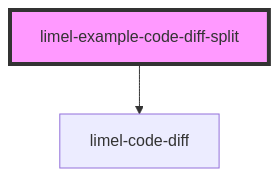
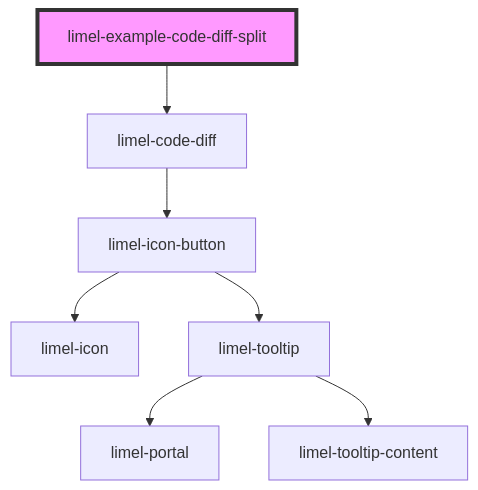
The diagram in versions/PR-3949/markdown-docs/components/code-diff/examples/readme.md (Lundalogik/lime-elements), drawn with Mermaid before and after one commit. The commit also changed 12 other files, not shown here.

````diff
--- a/versions/PR-3949/markdown-docs/components/code-diff/examples/readme.md
+++ b/versions/PR-3949/markdown-docs/components/code-diff/examples/readme.md
@@ -21,5 +21,10 @@
 ```mermaid
 graph TD;
   limel-example-code-diff-split --> limel-code-diff
+  limel-code-diff --> limel-icon-button
+  limel-icon-button --> limel-icon
+  limel-icon-button --> limel-tooltip
+  limel-tooltip --> limel-portal
+  limel-tooltip --> limel-tooltip-content
   style limel-example-code-diff-split fill:#f9f,stroke:#333,stroke-width:4px
 ```
````
